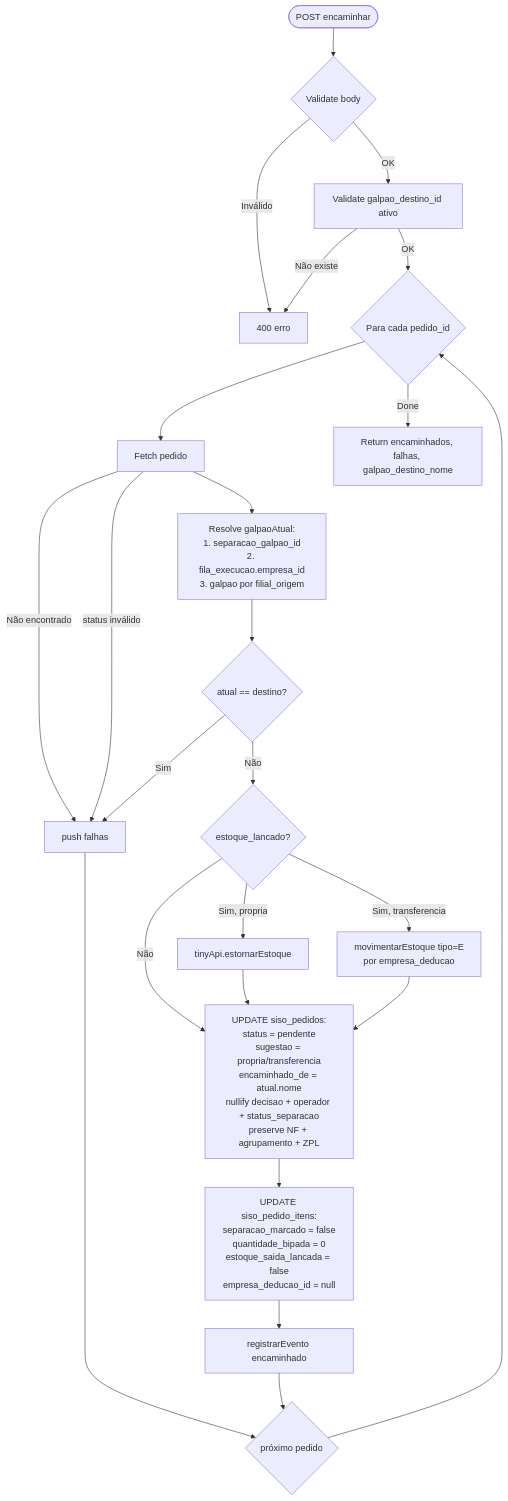
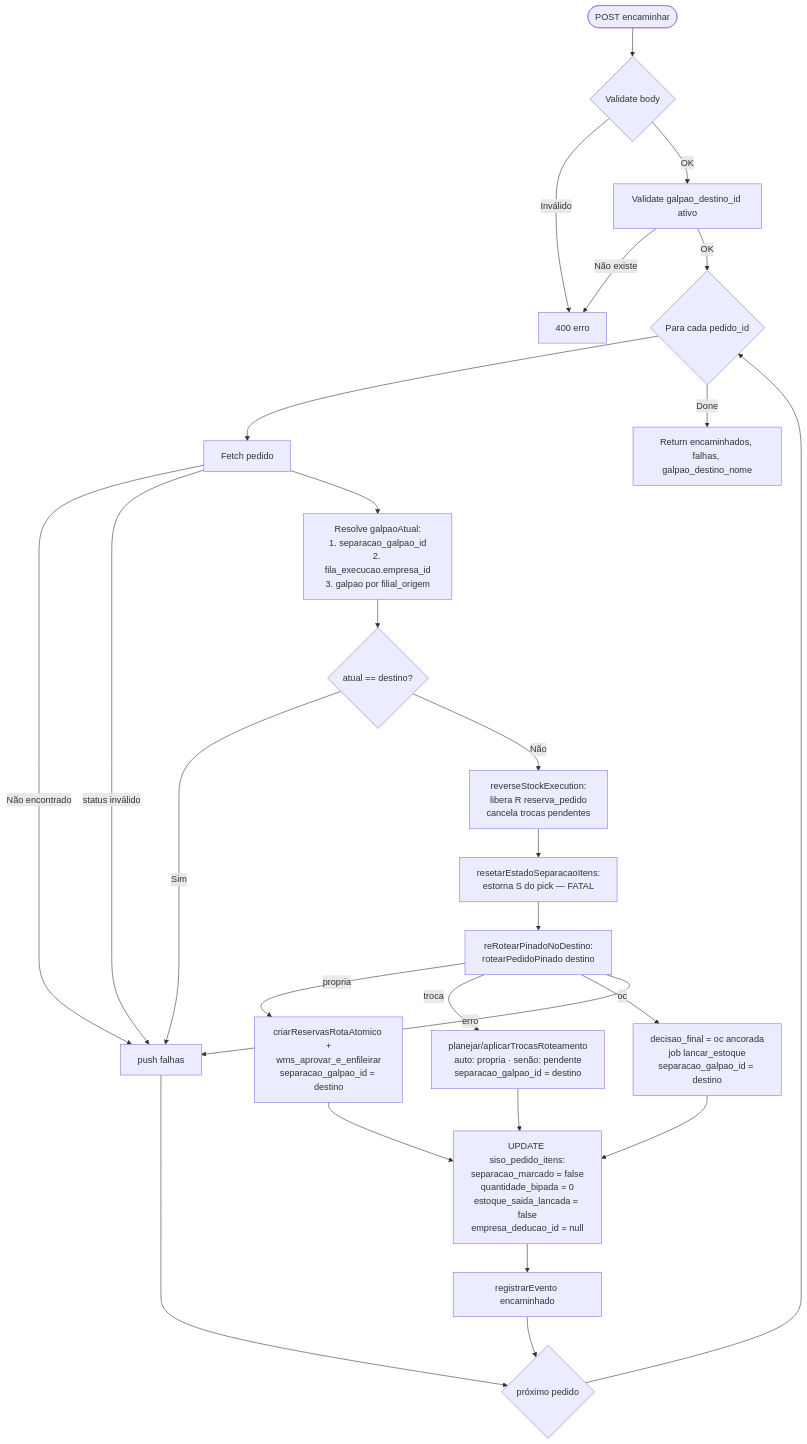
Before and after one commit to Eryk-dev/estoquelever: the fifth of 6 diagrams in docs/fluxos/05-separacao-wave-picking.md, drawn with Mermaid. The commit also changed other lines of this file and 7 other files, not shown here.

First line of the commit message:
feat(encaminhar): re-rota PINADA no galpão destino

````diff
--- a/docs/fluxos/05-separacao-wave-picking.md
+++ b/docs/fluxos/05-separacao-wave-picking.md
@@ -1247,33 +1236,35 @@
 ```mermaid
 flowchart TD
     Start([POST encaminhar]) --> ValidateBody{Validate body}
     ValidateBody -->|Inválido| Err400[400 erro]
     ValidateBody -->|OK| ValidateGalpao[Validate galpao_destino_id ativo]
     ValidateGalpao -->|Não existe| Err400
     ValidateGalpao -->|OK| Loop{Para cada pedido_id}
 
     Loop --> Fetch[Fetch pedido]
     Fetch -->|Não encontrado| Falha[push falhas]
     Fetch -->|status inválido| Falha
     Fetch --> ResolveAtual[Resolve galpaoAtual:<br/>1. separacao_galpao_id<br/>2. fila_execucao.empresa_id<br/>3. galpao por filial_origem]
 
     ResolveAtual --> SameDest{atual == destino?}
     SameDest -->|Sim| Falha
-    SameDest -->|Não| ReverseStock{estoque_lancado?}
+    SameDest -->|Não| Reverse[reverseStockExecution:<br/>libera R reserva_pedido<br/>cancela trocas pendentes]
 
-    ReverseStock -->|Não| ResetPedido
-    ReverseStock -->|Sim, propria| EstornarTiny[tinyApi.estornarEstoque]
-    ReverseStock -->|Sim, transferencia| MovimentarE[movimentarEstoque tipo=E<br/>por empresa_deducao]
+    Reverse --> ResetEstado[resetarEstadoSeparacaoItens:<br/>estorna S do pick — FATAL]
+    ResetEstado --> ReRota[reRotearPinadoNoDestino:<br/>rotearPedidoPinado destino]
+    ReRota -->|propria| Propria[criarReservasRotaAtomico +<br/>wms_aprovar_e_enfileirar<br/>separacao_galpao_id = destino]
+    ReRota -->|troca| Troca[planejar/aplicarTrocasRoteamento<br/>auto: propria · senão: pendente<br/>separacao_galpao_id = destino]
+    ReRota -->|oc| Oc[decisao_final = oc ancorada<br/>job lancar_estoque<br/>separacao_galpao_id = destino]
+    ReRota -->|erro| Falha
 
-    EstornarTiny --> ResetPedido
-    MovimentarE --> ResetPedido
-
-    ResetPedido[UPDATE siso_pedidos:<br/>status = pendente<br/>sugestao = propria/transferencia<br/>encaminhado_de = atual.nome<br/>nullify decisao + operador + status_separacao<br/>preserve NF + agrupamento + ZPL]
-    ResetPedido --> ResetItens[UPDATE siso_pedido_itens:<br/>separacao_marcado = false<br/>quantidade_bipada = 0<br/>estoque_saida_lancada = false<br/>empresa_deducao_id = null]
+    Propria --> ResetItens
+    Troca --> ResetItens
+    Oc --> ResetItens
+    ResetItens[UPDATE siso_pedido_itens:<br/>separacao_marcado = false<br/>quantidade_bipada = 0<br/>estoque_saida_lancada = false<br/>empresa_deducao_id = null]
     ResetItens --> Historico[registrarEvento encaminhado]
     Historico --> NextLoop{próximo pedido}
     Falha --> NextLoop
     NextLoop --> Loop
 
     Loop -->|Done| Response[Return encaminhados, falhas, galpao_destino_nome]
 ```
````
